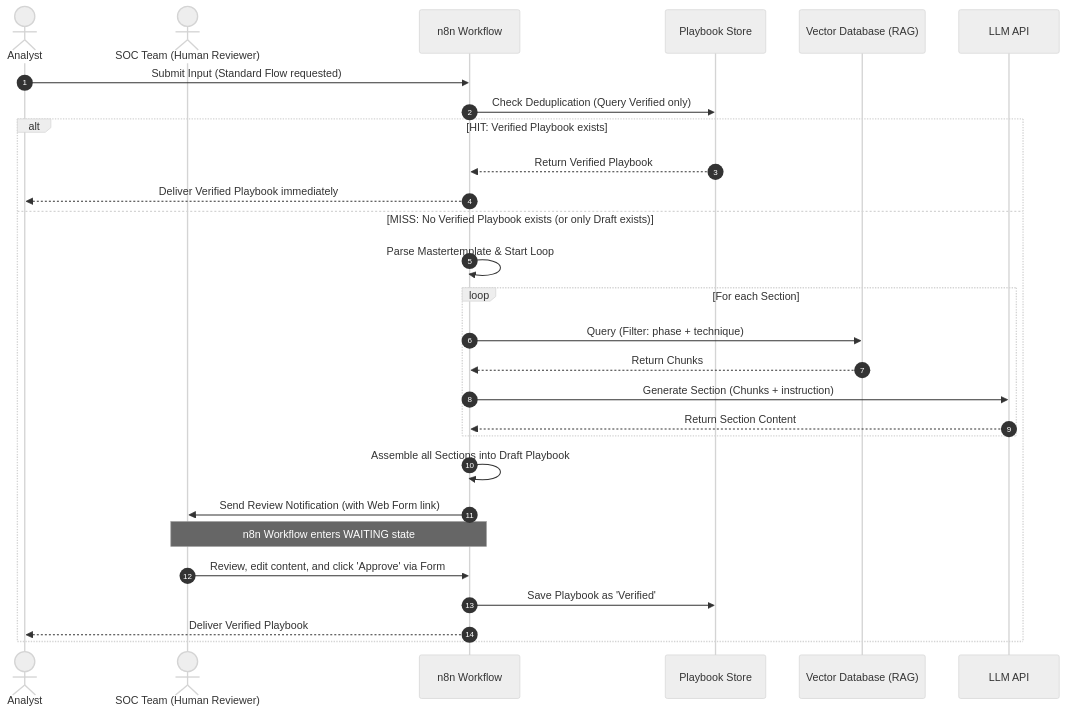
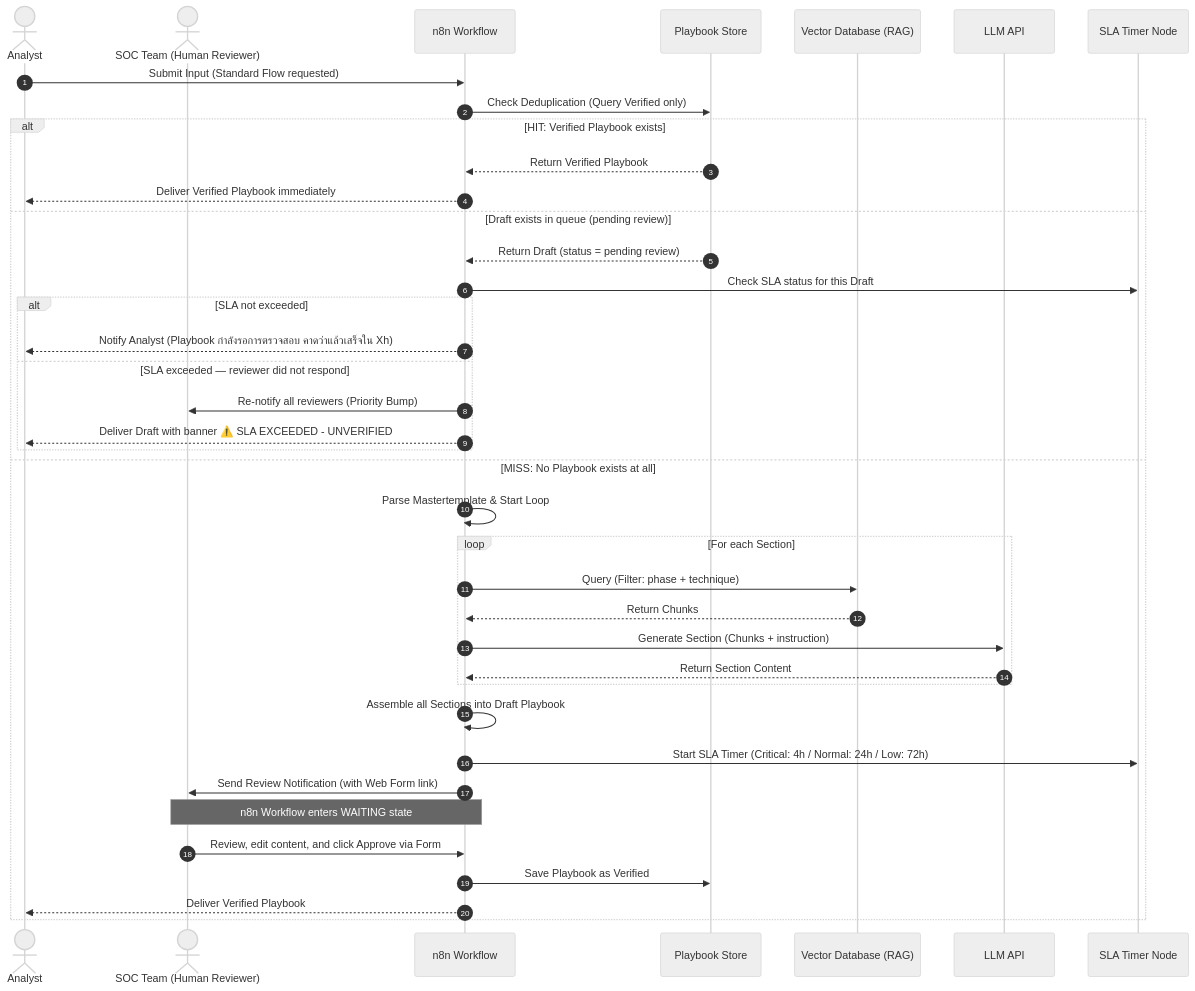
One commit to Chaithawatcer/omnissiah-playbook-workflow changed diagram 13 of 14 in architecture.md. Above: the diagram before and after it, drawn with Mermaid (neutral theme). The commit also changed other lines of this file, not shown here.

Commit message:
Add Layer 1.5 IOC Pre-processing, SLA-based Draft escalation for Standard Flow

````diff
--- a/architecture.md
+++ b/architecture.md
@@ -480,32 +580,45 @@
 ```mermaid
 sequenceDiagram
     autonumber
     actor Analyst
     actor Reviewer as SOC Team (Human Reviewer)
     participant n8n as n8n Workflow
     participant Store as Playbook Store
     participant VDB as Vector Database (RAG)
     participant LLM as LLM API
+    participant SLA as SLA Timer Node
 
     Analyst->>n8n: Submit Input (Standard Flow requested)
     n8n->>Store: Check Deduplication (Query Verified only)
-    
+
     alt HIT: Verified Playbook exists
         Store-->>n8n: Return Verified Playbook
         n8n-->>Analyst: Deliver Verified Playbook immediately
-    else MISS: No Verified Playbook exists (or only Draft exists)
+
+    else Draft exists in queue (pending review)
+        Store-->>n8n: Return Draft (status = pending review)
+        n8n->>SLA: Check SLA status for this Draft
+        alt SLA not exceeded
+            n8n-->>Analyst: Notify Analyst (Playbook กำลังรอการตรวจสอบ คาดว่าแล้วเสร็จใน Xh)
+        else SLA exceeded — reviewer did not respond
+            n8n->>Reviewer: Re-notify all reviewers (Priority Bump)
+            n8n-->>Analyst: Deliver Draft with banner ⚠️ SLA EXCEEDED - UNVERIFIED
+        end
+
+    else MISS: No Playbook exists at all
         n8n->>n8n: Parse Mastertemplate & Start Loop
         loop For each Section
             n8n->>VDB: Query (Filter: phase + technique)
             VDB-->>n8n: Return Chunks
             n8n->>LLM: Generate Section (Chunks + instruction)
             LLM-->>n8n: Return Section Content
         end
         n8n->>n8n: Assemble all Sections into Draft Playbook
+        n8n->>SLA: Start SLA Timer (Critical: 4h / Normal: 24h / Low: 72h)
         n8n->>Reviewer: Send Review Notification (with Web Form link)
         Note over Reviewer, n8n: n8n Workflow enters WAITING state
-        Reviewer->>n8n: Review, edit content, and click 'Approve' via Form
-        n8n->>Store: Save Playbook as 'Verified'
+        Reviewer->>n8n: Review, edit content, and click Approve via Form
+        n8n->>Store: Save Playbook as Verified
         n8n-->>Analyst: Deliver Verified Playbook
     end
 ```
````
